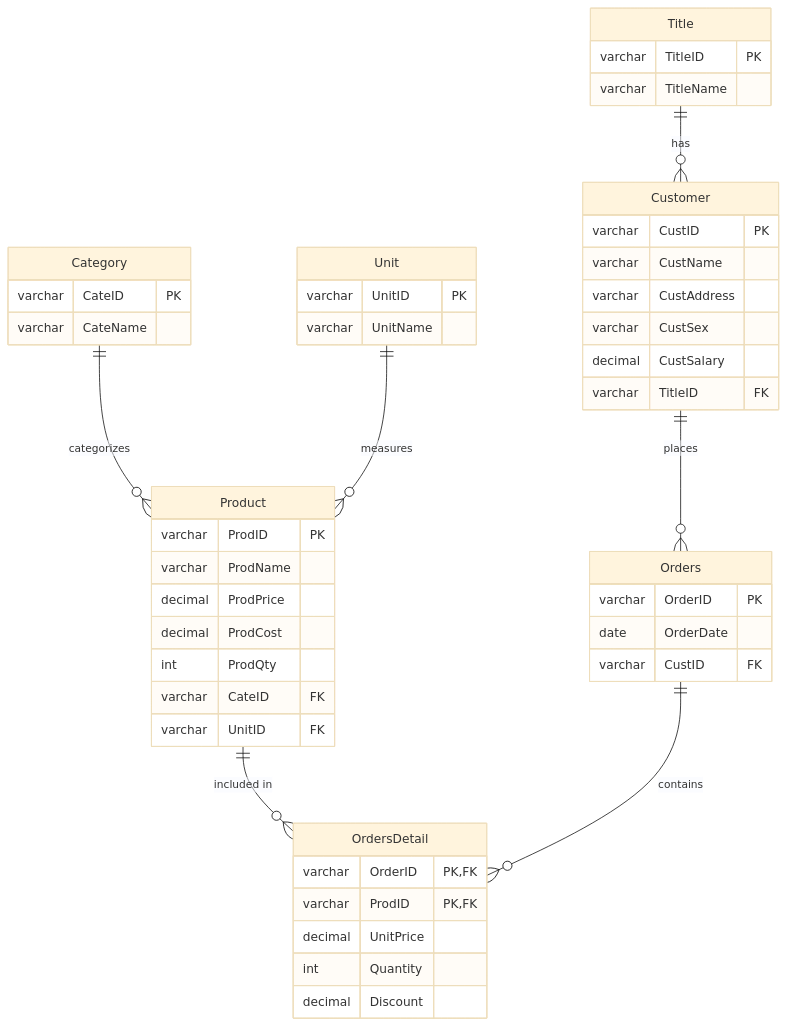
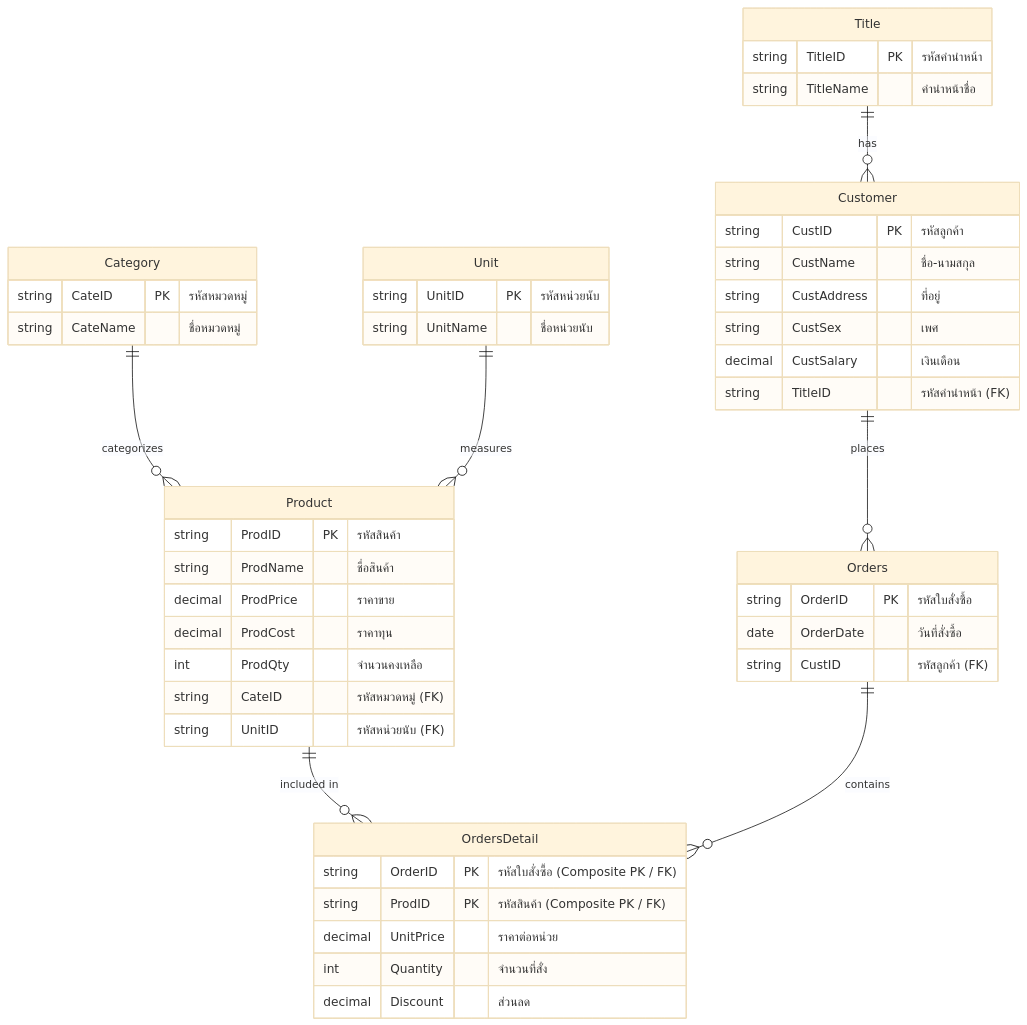
The ninth of 9 diagrams in Wiki/SQL Lab Practice Guide - Zero to Hero.md (kanomoo/database-system), drawn with Mermaid (base theme) before and after one commit. The commit also changed other lines of this file and 16 other files, not shown here.

````diff
--- a/Wiki/SQL Lab Practice Guide - Zero to Hero.md
+++ b/Wiki/SQL Lab Practice Guide - Zero to Hero.md
@@ -926,51 +927,51 @@
 ```mermaid
 erDiagram
     Title ||--o{ Customer : "has"
     Customer ||--o{ Orders : "places"
     Category ||--o{ Product : "categorizes"
     Unit ||--o{ Product : "measures"
     Product ||--o{ OrdersDetail : "included in"
     Orders ||--o{ OrdersDetail : "contains"
 
     Title {
-        varchar TitleID PK
-        varchar TitleName
+        string TitleID PK "รหัสคำนำหน้า"
+        string TitleName "คำนำหน้าชื่อ"
     }
     Customer {
-        varchar CustID PK
-        varchar CustName
-        varchar CustAddress
-        varchar CustSex
-        decimal CustSalary
-        varchar TitleID FK
+        string CustID PK "รหัสลูกค้า"
+        string CustName "ชื่อ-นามสกุล"
+        string CustAddress "ที่อยู่"
+        string CustSex "เพศ"
+        decimal CustSalary "เงินเดือน"
+        string TitleID "รหัสคำนำหน้า (FK)"
     }
     Category {
-        varchar CateID PK
-        varchar CateName
+        string CateID PK "รหัสหมวดหมู่"
+        string CateName "ชื่อหมวดหมู่"
     }
     Unit {
-        varchar UnitID PK
-        varchar UnitName
+        string UnitID PK "รหัสหน่วยนับ"
+        string UnitName "ชื่อหน่วยนับ"
     }
     Product {
-        varchar ProdID PK
-        varchar ProdName
-        decimal ProdPrice
-        decimal ProdCost
-        int ProdQty
-        varchar CateID FK
-        varchar UnitID FK
+        string ProdID PK "รหัสสินค้า"
+        string ProdName "ชื่อสินค้า"
+        decimal ProdPrice "ราคาขาย"
+        decimal ProdCost "ราคาทุน"
+        int ProdQty "จำนวนคงเหลือ"
+        string CateID "รหัสหมวดหมู่ (FK)"
+        string UnitID "รหัสหน่วยนับ (FK)"
     }
     Orders {
-        varchar OrderID PK
-        date OrderDate
-        varchar CustID FK
+        string OrderID PK "รหัสใบสั่งซื้อ"
+        date OrderDate "วันที่สั่งซื้อ"
+        string CustID "รหัสลูกค้า (FK)"
     }
     OrdersDetail {
-        varchar OrderID PK,FK
-        varchar ProdID PK,FK
-        decimal UnitPrice
-        int Quantity
-        decimal Discount
+        string OrderID PK "รหัสใบสั่งซื้อ (Composite PK / FK)"
+        string ProdID PK "รหัสสินค้า (Composite PK / FK)"
+        decimal UnitPrice "ราคาต่อหน่วย"
+        int Quantity "จำนวนที่สั่ง"
+        decimal Discount "ส่วนลด"
     }
 ```
````
